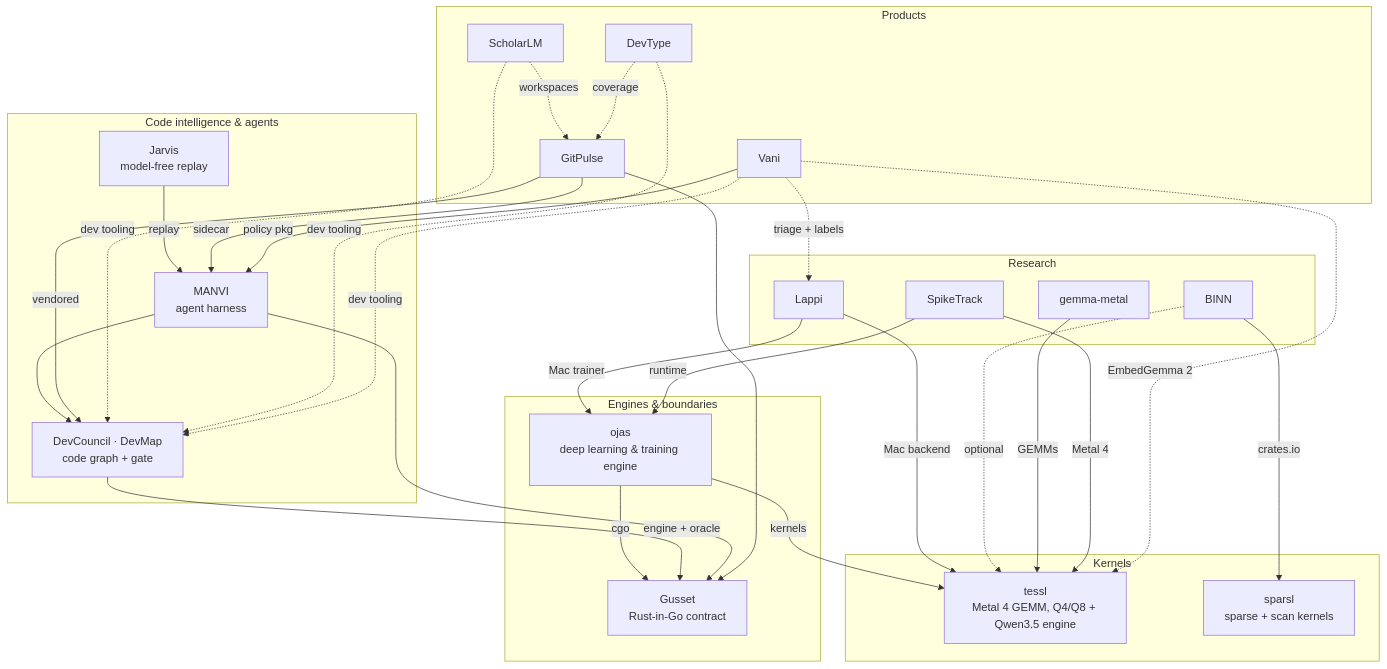
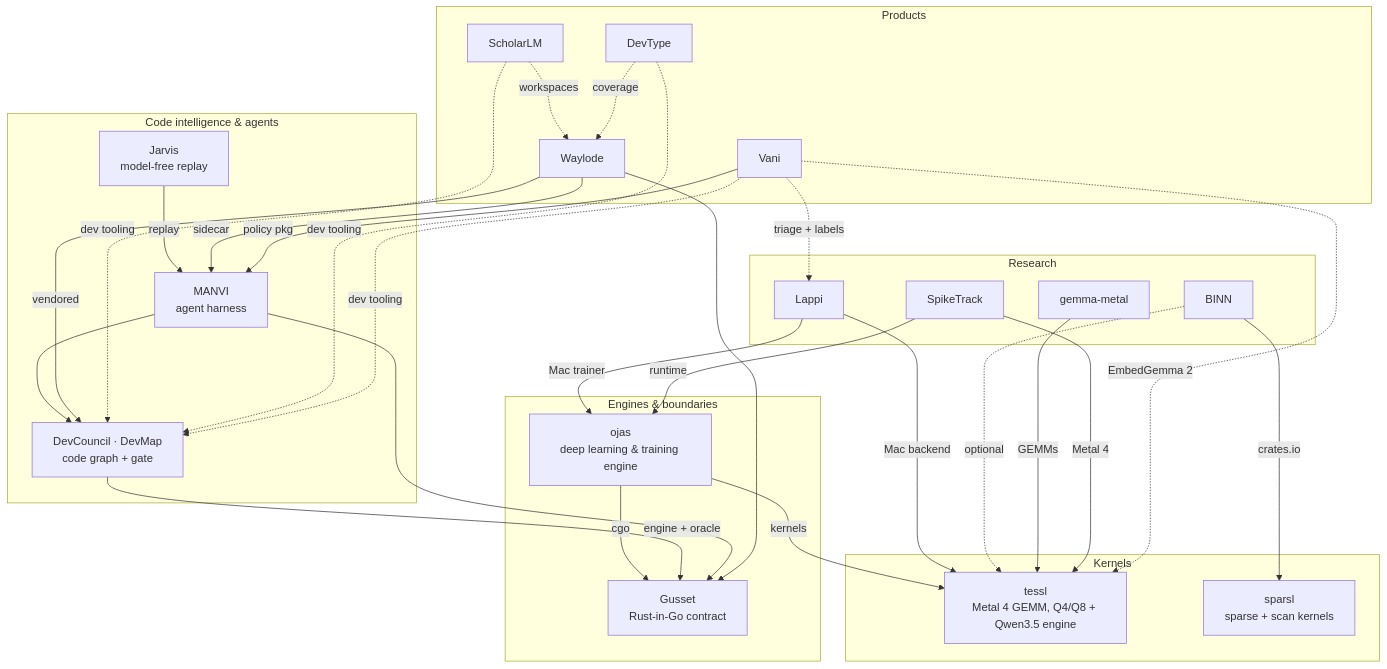
Before and after one commit to bharathvbcr/bharathvbcr: the diagram in README.md, drawn with Mermaid. The commit also changed other lines of this file, not shown here.

Commit message:
docs(readme): rename GitPulse product references to Waylode

````diff
--- a/README.md
+++ b/README.md
@@ -58,53 +58,53 @@
 ```mermaid
 flowchart TB
   subgraph K["Kernels"]
     tessl["tessl<br/>Metal 4 GEMM, Q4/Q8 + Qwen3.5 engine"]
     sparsl["sparsl<br/>sparse + scan kernels"]
   end
   subgraph E["Engines & boundaries"]
     ojas["ojas<br/>deep learning &amp; training engine"]
     gusset["Gusset<br/>Rust-in-Go contract"]
   end
   subgraph A["Code intelligence & agents"]
     devmap["DevCouncil · DevMap<br/>code graph + gate"]
     manvi["MANVI<br/>agent harness"]
     jarvis["Jarvis<br/>model-free replay"]
   end
   subgraph P["Products"]
-    gitpulse["GitPulse"]
+    waylode["Waylode"]
     scholarlm["ScholarLM"]
     devtype["DevType"]
     vani["Vani"]
   end
   subgraph R["Research"]
     binn["BINN"]
     lappi["Lappi"]
     gemma["gemma-metal"]
     spiketrack["SpikeTrack"]
   end
 
   ojas -->|kernels| tessl
   ojas -->|cgo| gusset
   lappi -->|Mac backend| tessl
   lappi -->|Mac trainer| ojas
   binn -->|crates.io| sparsl
   binn -.->|optional| tessl
   gemma -->|GEMMs| tessl
   spiketrack -->|Metal 4| tessl
   spiketrack -->|runtime| ojas
   devmap -->|engine + oracle| gusset
   manvi --> devmap
   manvi --> gusset
   jarvis -->|replay| manvi
-  gitpulse -->|vendored| devmap
-  gitpulse -->|sidecar| manvi
-  gitpulse --> gusset
+  waylode -->|vendored| devmap
+  waylode -->|sidecar| manvi
+  waylode --> gusset
   scholarlm -.->|dev tooling| devmap
-  scholarlm -.->|workspaces| gitpulse
+  scholarlm -.->|workspaces| waylode
   devtype -.->|dev tooling| devmap
-  devtype -.->|coverage| gitpulse
+  devtype -.->|coverage| waylode
   vani -->|policy pkg| manvi
   vani -.->|EmbedGemma 2| tessl
   vani -.->|triage + labels| lappi
   vani -.->|dev tooling| devmap
 ```
````
